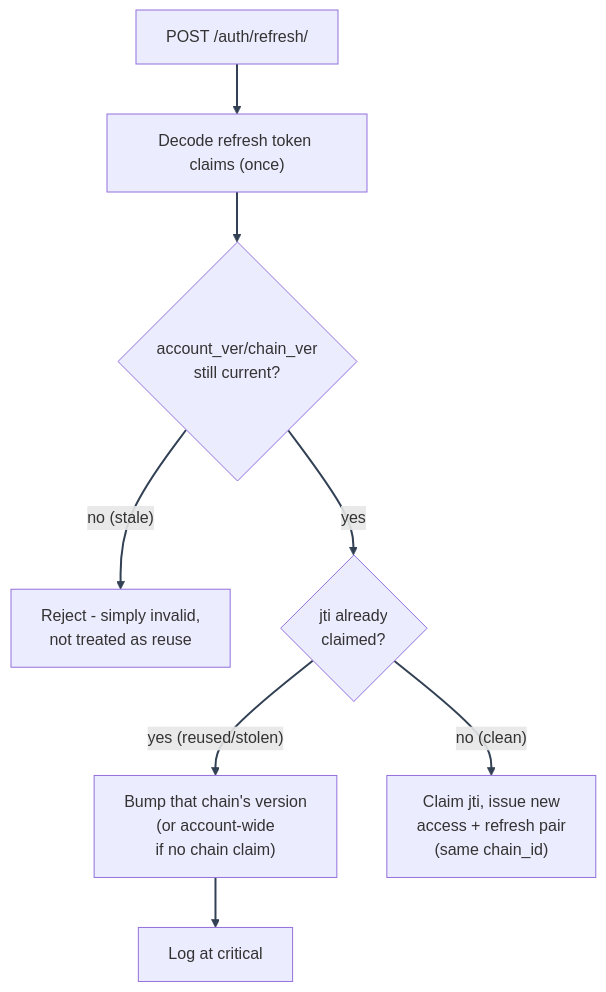
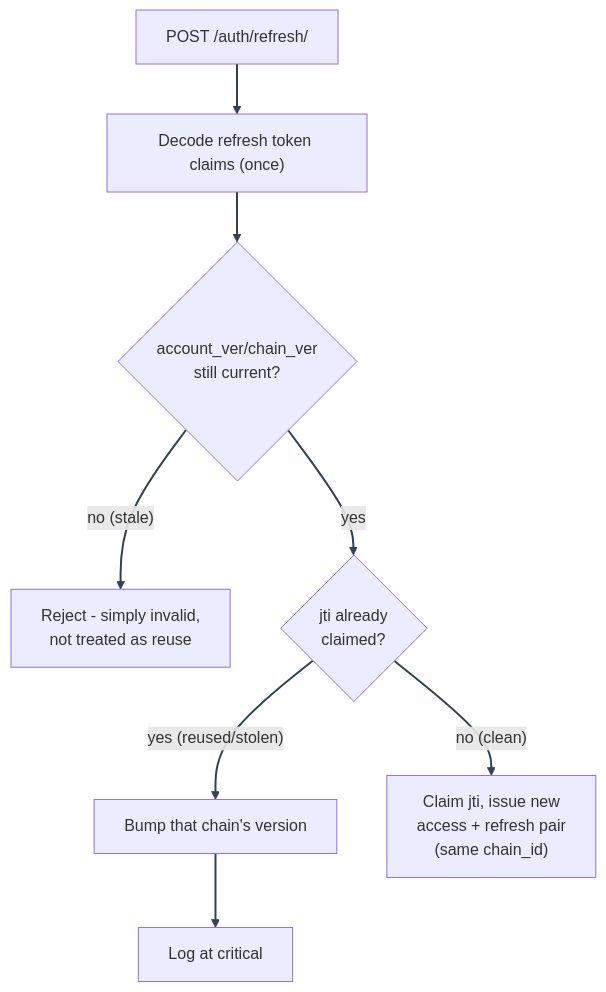
One commit to Nachiket-2024/mystic-auth changed the diagram in docs/mystic_auth/authentication/overview.md. Above: the diagram before and after it, drawn with Mermaid. The commit also changed other lines of this file and 497 other files, not shown here.

````diff
--- a/docs/mystic_auth/authentication/overview.md
+++ b/docs/mystic_auth/authentication/overview.md
@@ -48,12 +48,12 @@
 ```mermaid
 %%{init: {"themeVariables": {"lineColor": "#334155"}} }%%
 flowchart TD
     A["POST /auth/refresh/"] --> B["Decode refresh token claims (once)"]
     B --> C{"account_ver/chain_ver\n still current?"}
     C -- "no (stale)" --> S["Reject - simply invalid,\n not treated as reuse"]
     C -- "yes" --> D{"jti already\n claimed?"}
-    D -- "yes (reused/stolen)" --> E["Bump that chain's version\n (or account-wide\n if no chain claim)"]
+    D -- "yes (reused/stolen)" --> E["Bump that chain's version"]
     E --> F["Log at critical"]
     D -- "no (clean)" --> G["Claim jti, issue new\n access + refresh pair\n (same chain_id)"]
     linkStyle default stroke:#334155,stroke-width:2px
 ```
````
